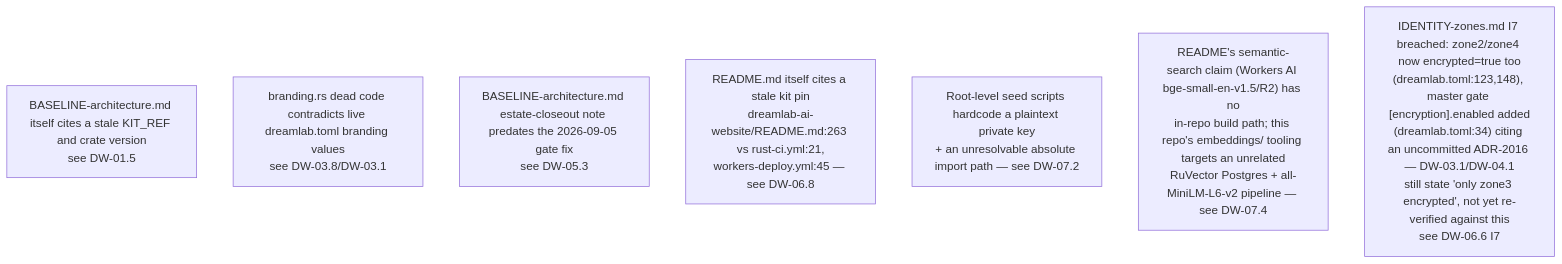
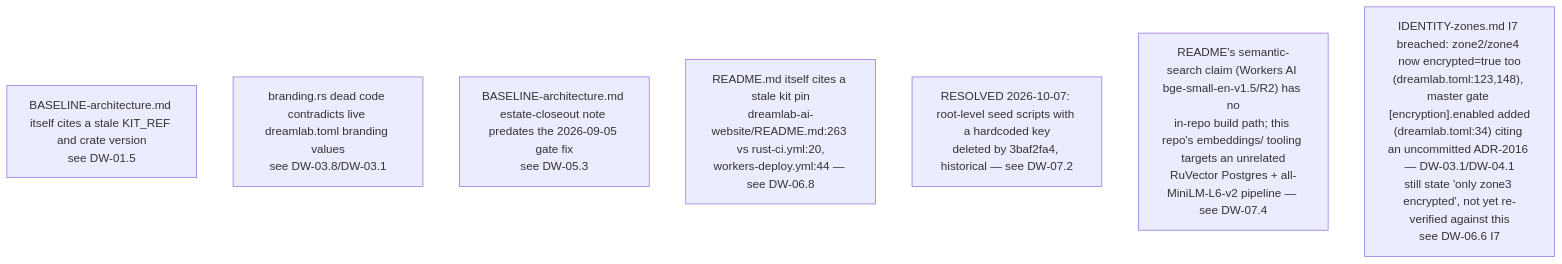
One commit to DreamLab-AI/VisionFlow changed the sixth of 7 diagrams in docs/diagrams/dreamlab-ai-website/06-content-pipeline-and-invariants-register.md. Above: the diagram before and after it, drawn with Mermaid. The commit also changed other lines of this file and 80 other files, not shown here.

First line of the commit message:
docs(diagrams): re-verify the agentbox, dreamlab, estate and visionflow corpus against current sources

````diff
--- a/docs/diagrams/dreamlab-ai-website/06-content-pipeline-and-invariants-register.md
+++ b/docs/diagrams/dreamlab-ai-website/06-content-pipeline-and-invariants-register.md
@@ -115,10 +117,10 @@
 ```mermaid
 flowchart TB
     D9["BASELINE-architecture.md itself cites a stale KIT_REF and crate version<br/>see DW-01.5"]
     D10["branding.rs dead code contradicts live dreamlab.toml branding values<br/>see DW-03.8/DW-03.1"]
     D11["BASELINE-architecture.md estate-closeout note predates the 2026-09-05 gate fix<br/>see DW-05.3"]
-    D12["README.md itself cites a stale kit pin<br/>dreamlab-ai-website/README.md:263 vs rust-ci.yml:21,<br/>workers-deploy.yml:45 — see DW-06.8"]
-    D13["Root-level seed scripts hardcode a plaintext private key<br/>+ an unresolvable absolute import path — see DW-07.2"]
+    D12["README.md itself cites a stale kit pin<br/>dreamlab-ai-website/README.md:263 vs rust-ci.yml:20,<br/>workers-deploy.yml:44 — see DW-06.8"]
+    D13["RESOLVED 2026-10-07: root-level seed scripts with a hardcoded key<br/>deleted by 3baf2fa4, historical — see DW-07.2"]
     D14["README's semantic-search claim (Workers AI bge-small-en-v1.5/R2) has no<br/>in-repo build path; this repo's embeddings/ tooling targets an unrelated<br/>RuVector Postgres + all-MiniLM-L6-v2 pipeline — see DW-07.4"]
     D15["IDENTITY-zones.md I7 breached: zone2/zone4 now encrypted=true too<br/>(dreamlab.toml:123,148), master gate [encryption].enabled added<br/>(dreamlab.toml:34) citing an uncommitted ADR-2016 — DW-03.1/DW-04.1<br/>still state 'only zone3 encrypted', not yet re-verified against this<br/>see DW-06.6 I7"]
 ```
````
